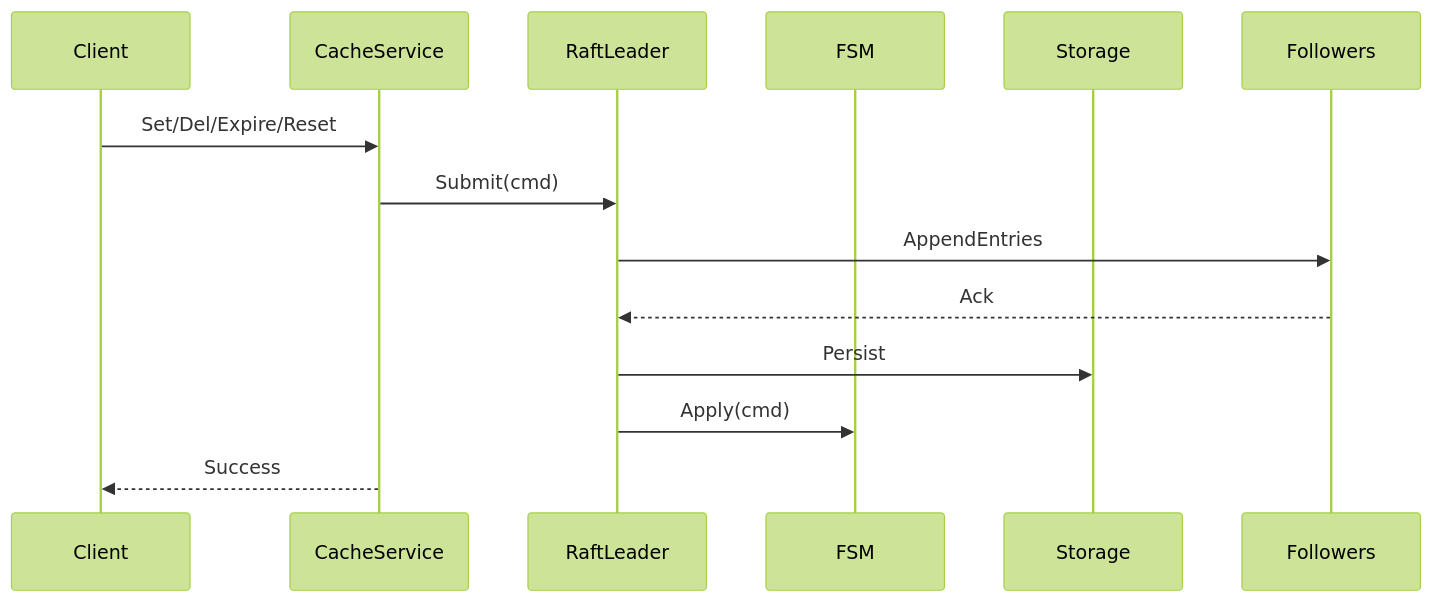
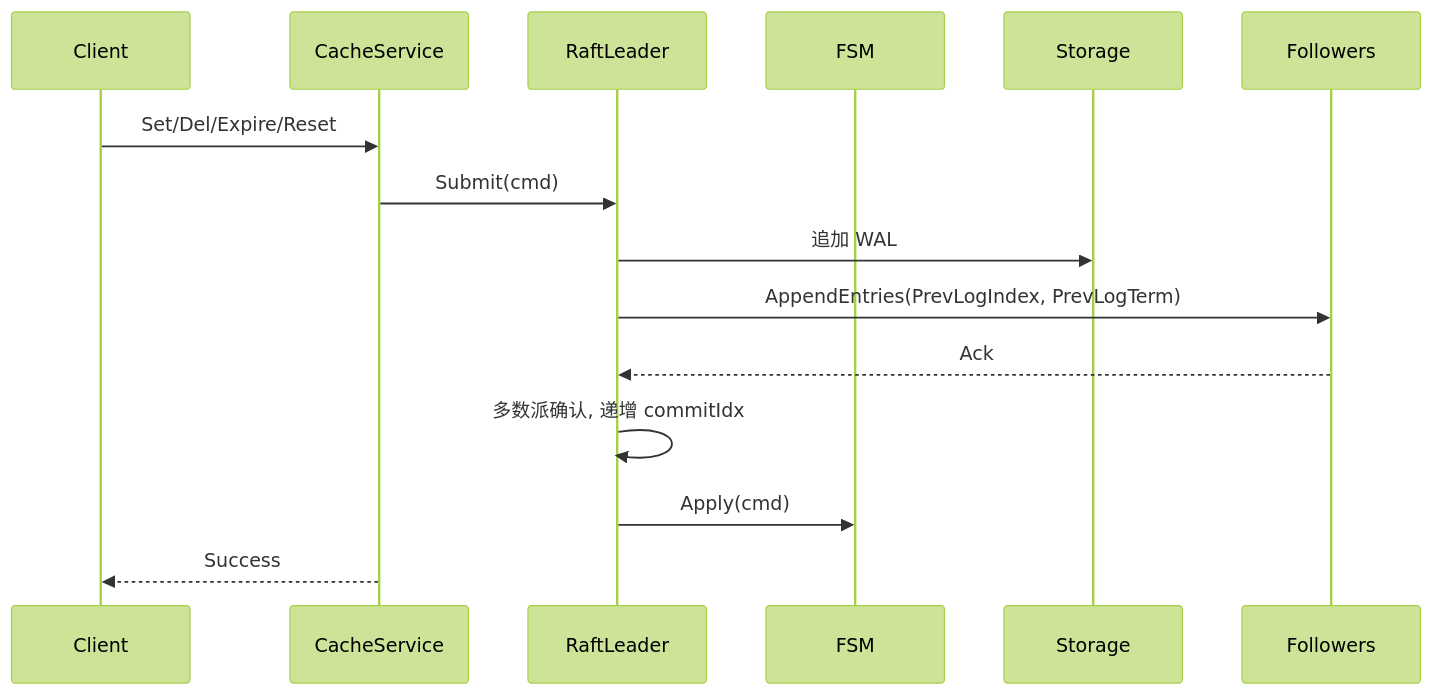
One commit to lushenle/simple-cache changed the diagram in docs/raft.md. Above: the diagram before and after it, drawn with Mermaid (forest theme). The commit also changed other lines of this file and 25 other files, not shown here.

````diff
--- a/docs/raft.md
+++ b/docs/raft.md
@@ -15,16 +15,17 @@
 ```mermaid
 sequenceDiagram
   participant Client
   participant CacheService
   participant RaftLeader
   participant FSM
   participant Storage
 
   Client->>CacheService: Set/Del/Expire/Reset
   CacheService->>RaftLeader: Submit(cmd)
-  RaftLeader->>Followers: AppendEntries
+  RaftLeader->>Storage: 追加 WAL
+  RaftLeader->>Followers: AppendEntries(PrevLogIndex, PrevLogTerm)
   Followers-->>RaftLeader: Ack
-  RaftLeader->>Storage: Persist
+  RaftLeader->>RaftLeader: 多数派确认, 递增 commitIdx
   RaftLeader->>FSM: Apply(cmd)
   CacheService-->>Client: Success
 ```
````
